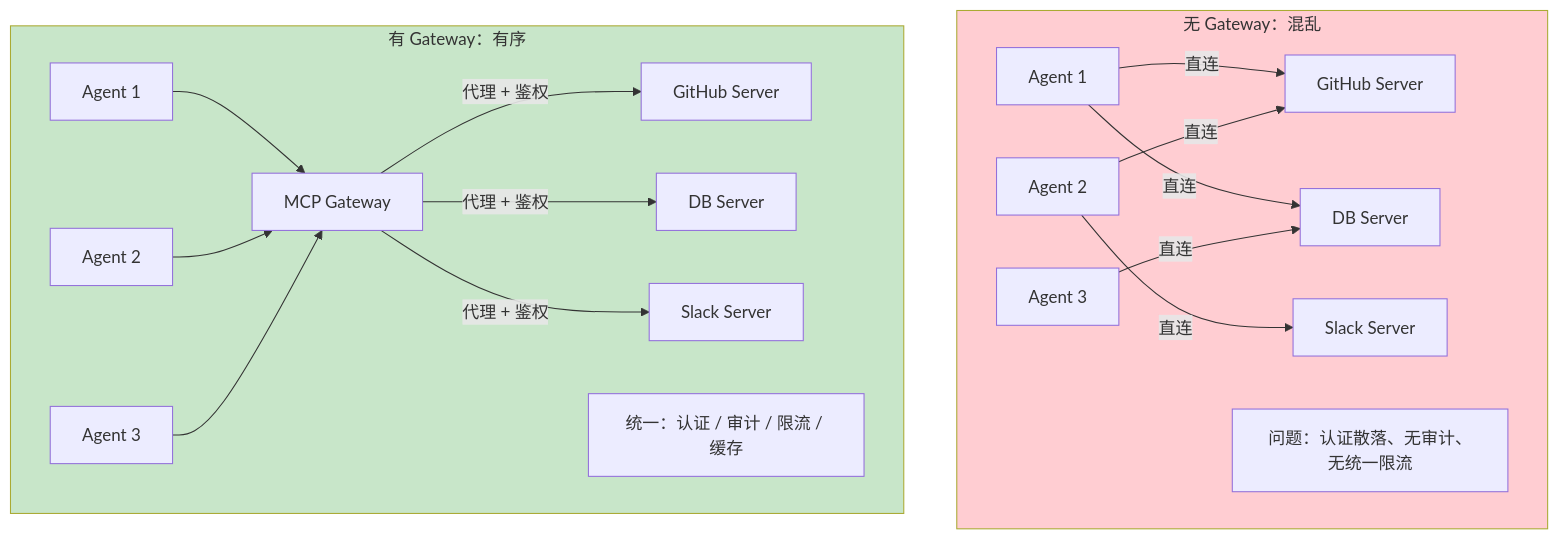
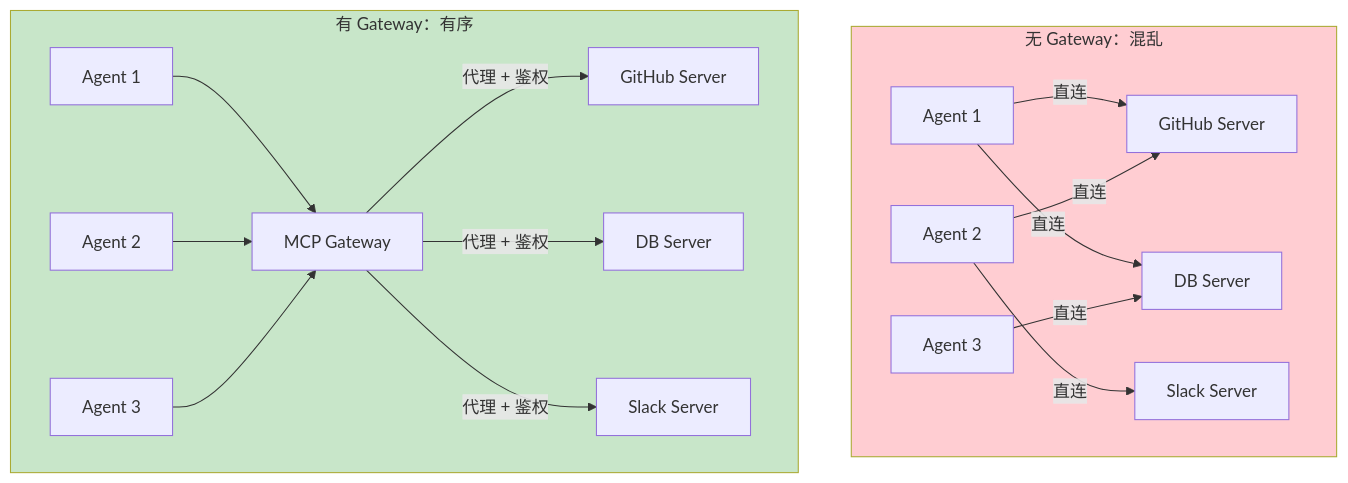
Diagram 12 of 21 in docs/前沿/04-MCP生态全景.md (UranusGit/java-agent-learn), drawn with Mermaid before and after one commit. The commit also changed other lines of this file and 4 other files, not shown here.

````diff
--- a/docs/前沿/04-MCP生态全景.md
+++ b/docs/前沿/04-MCP生态全景.md
@@ -231,27 +442,23 @@
 ```mermaid
 graph TB
     subgraph 无Gateway["无 Gateway：混乱"]
         A1["Agent 1"] -->|"直连"| S1["GitHub Server"]
         A1 -->|"直连"| S2["DB Server"]
         A2["Agent 2"] -->|"直连"| S1
         A2 -->|"直连"| S3["Slack Server"]
         A3["Agent 3"] -->|"直连"| S2
-
-        NOTE1["问题：认证散落、无审计、无统一限流"]
     end
 
     subgraph 有Gateway["有 Gateway：有序"]
         G["MCP Gateway"]
         A4["Agent 1"] --> G
         A5["Agent 2"] --> G
         A6["Agent 3"] --> G
         G -->|"代理 + 鉴权"| S4["GitHub Server"]
         G -->|"代理 + 鉴权"| S5["DB Server"]
         G -->|"代理 + 鉴权"| S6["Slack Server"]
-
-        NOTE2["统一：认证 / 审计 / 限流 / 缓存"]
     end
 
     style 无Gateway fill:#ffcdd2
     style 有Gateway fill:#c8e6c9
 ```
````
